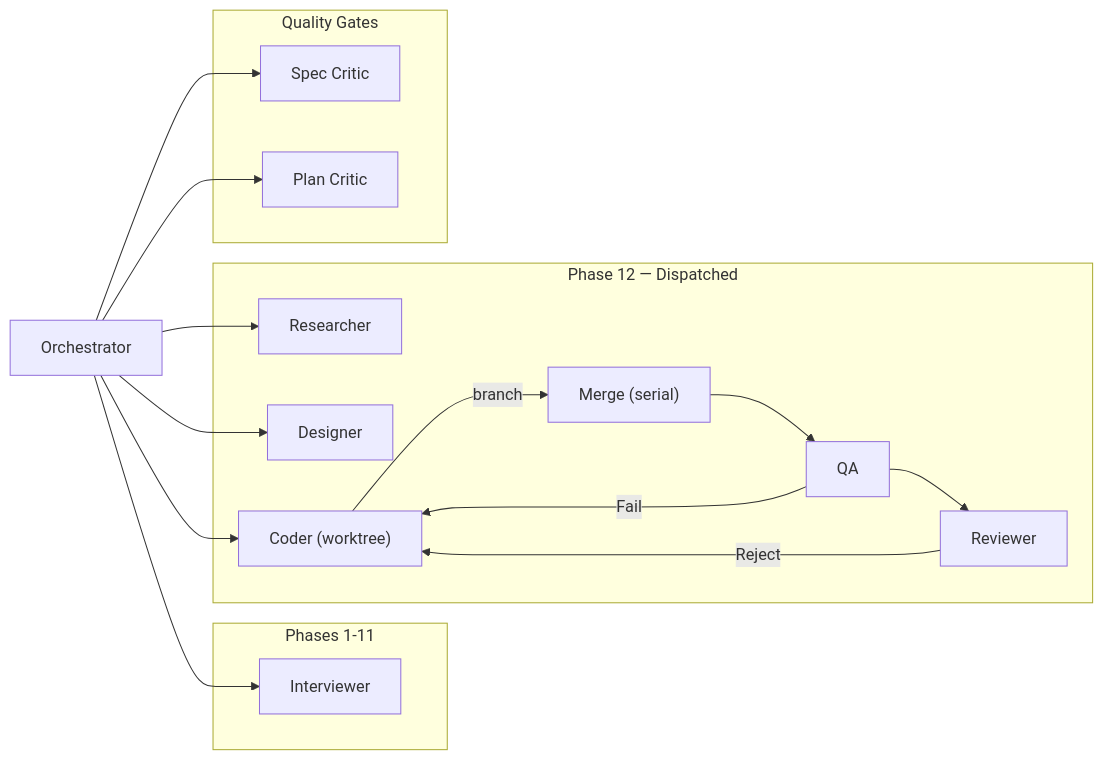
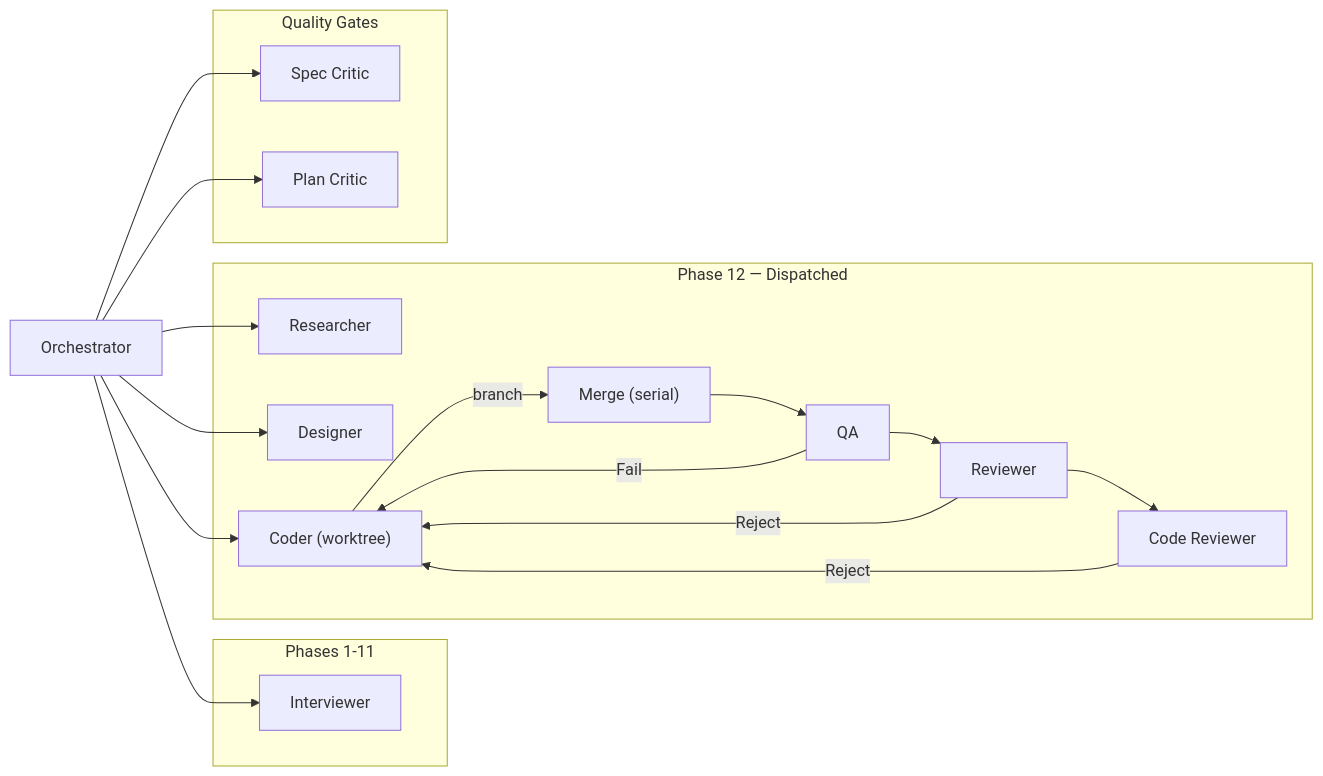
Before and after one commit to djpate/kryptonite: the second of 3 diagrams in README.md, drawn with Mermaid. The commit also changed other lines of this file, not shown here.

First line of the commit message:
docs: update README with code reviewer, plugin storage, 3-gate pipeline

````diff
--- a/README.md
+++ b/README.md
@@ -198,29 +199,31 @@
 ```mermaid
 graph LR
     O["Orchestrator"]
 
     subgraph interview ["Phases 1-11"]
         I["Interviewer"]
     end
 
     subgraph exec ["Phase 12 — Dispatched"]
         R["Researcher"]
         D["Designer"]
         C["Coder (worktree)"]
         M["Merge (serial)"]
         Q["QA"]
         RV["Reviewer"]
+        CR["Code Reviewer"]
     end
 
     subgraph gates ["Quality Gates"]
         SC["Spec Critic"]
         PC["Plan Critic"]
     end
 
     O --> I
     O --> R & D & C
-    C -->|branch| M --> Q --> RV
+    C -->|branch| M --> Q --> RV --> CR
     Q -->|Fail| C
     RV -->|Reject| C
+    CR -->|Reject| C
     O --> SC & PC
 ```
````
